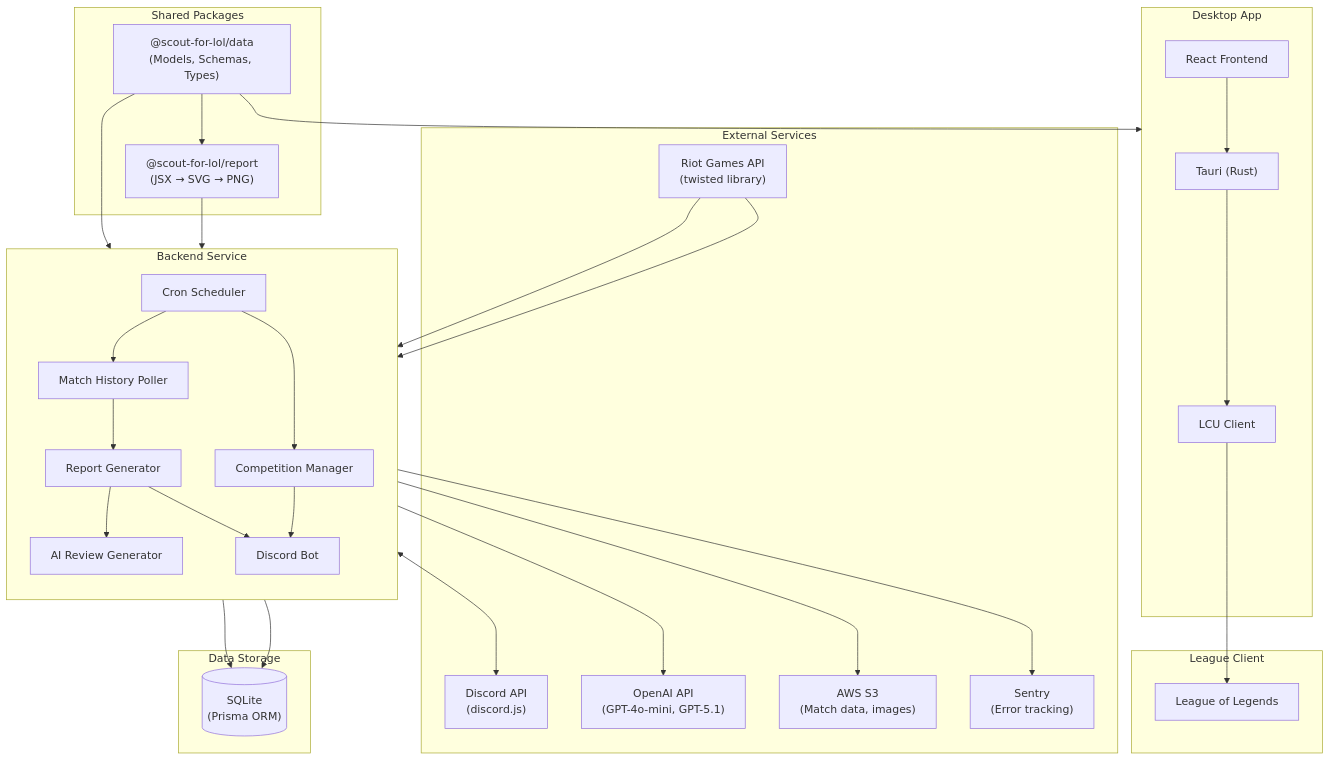
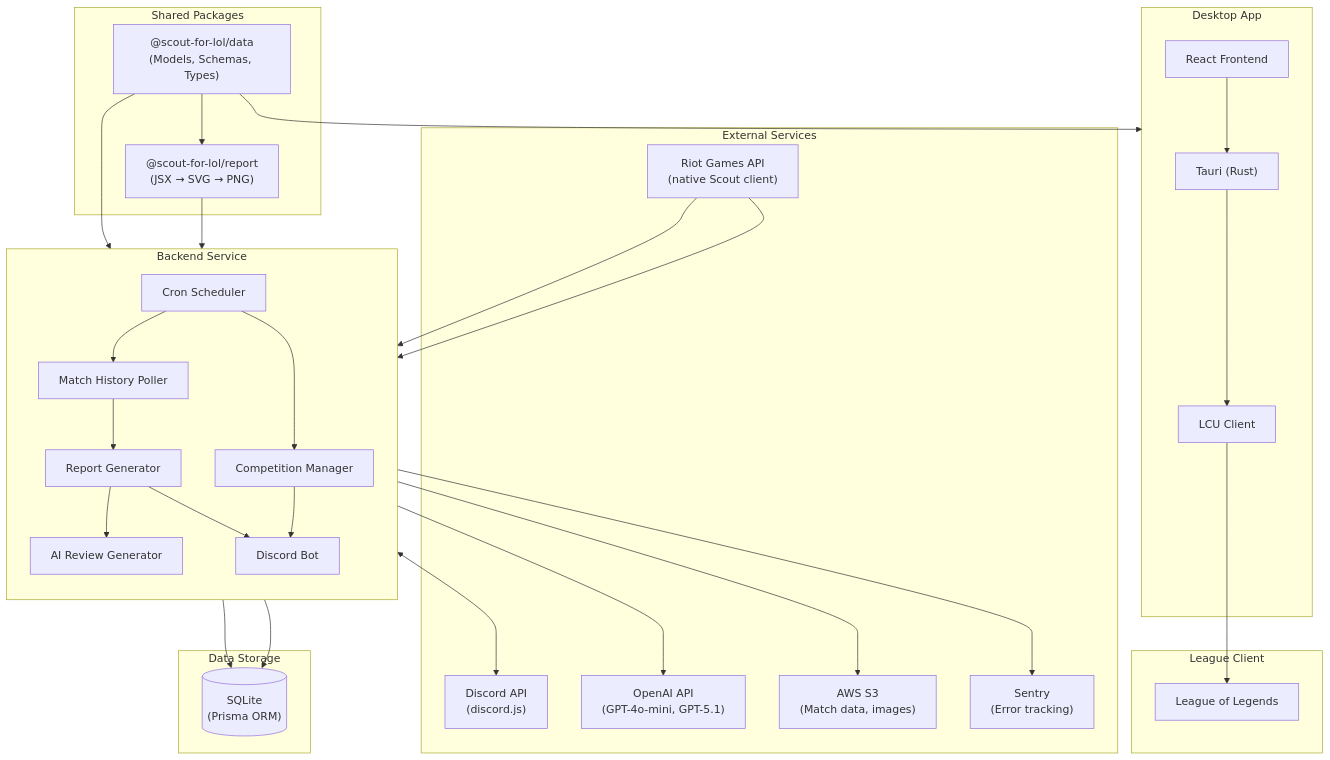
Before and after one commit to shepherdjerred/monorepo: the first of 8 diagrams in packages/scout-for-lol/docs/architecture.md, drawn with Mermaid. The commit also changed 27 other files, not shown here.

Commit message:
fix(scout-for-lol): finish native Riot client migration

````diff
--- a/packages/scout-for-lol/docs/architecture.md
+++ b/packages/scout-for-lol/docs/architecture.md
@@ -7,68 +7,68 @@
 ```mermaid
 flowchart TB
     subgraph External["External Services"]
-        RIOT["Riot Games API<br/>(twisted library)"]
+        RIOT["Riot Games API<br/>(native Scout client)"]
         DISCORD_API["Discord API<br/>(discord.js)"]
         OPENAI["OpenAI API<br/>(GPT-4o-mini, GPT-5.1)"]
         S3["AWS S3<br/>(Match data, images)"]
         SENTRY["Sentry<br/>(Error tracking)"]
     end
 
     subgraph Backend["Backend Service"]
         direction TB
         BOT["Discord Bot"]
         CRON["Cron Scheduler"]
         MATCH_POLLER["Match History Poller"]
         REPORT_GEN["Report Generator"]
         AI_REVIEW["AI Review Generator"]
         COMPETITION["Competition Manager"]
     end
 
     subgraph SharedPkg["Shared Packages"]
         DATA["@scout-for-lol/data<br/>(Models, Schemas, Types)"]
         REPORT["@scout-for-lol/report<br/>(JSX → SVG → PNG)"]
     end
 
     subgraph Desktop["Desktop App"]
         TAURI["Tauri (Rust)"]
         REACT["React Frontend"]
         LCU["LCU Client"]
     end
 
     subgraph Storage["Data Storage"]
         DB[("SQLite<br/>(Prisma ORM)")]
     end
 
     subgraph LOL["League Client"]
         LEAGUE_CLIENT["League of Legends"]
     end
 
     %% External connections
     RIOT --> MATCH_POLLER
     RIOT --> COMPETITION
     BOT <--> DISCORD_API
     AI_REVIEW --> OPENAI
     REPORT_GEN --> S3
     Backend --> SENTRY
 
     %% Internal backend connections
     CRON --> MATCH_POLLER
     CRON --> COMPETITION
     MATCH_POLLER --> REPORT_GEN
     REPORT_GEN --> AI_REVIEW
     REPORT_GEN --> BOT
     BOT --> DB
     COMPETITION --> DB
     COMPETITION --> BOT
 
     %% Package dependencies
     DATA --> Backend
     REPORT --> REPORT_GEN
     DATA --> REPORT
     DATA --> Desktop
 
     %% Desktop connections
     LCU --> LEAGUE_CLIENT
     TAURI --> LCU
     REACT --> TAURI
 ```
````
